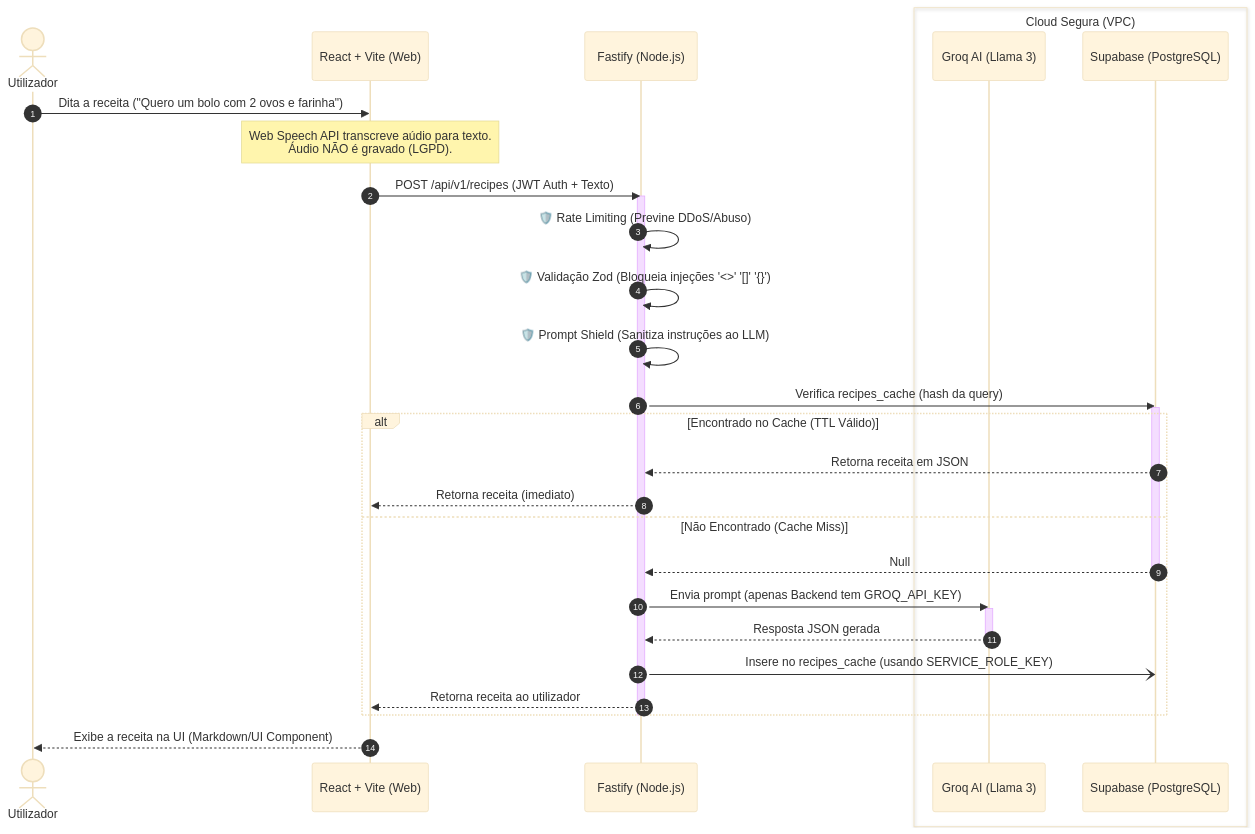
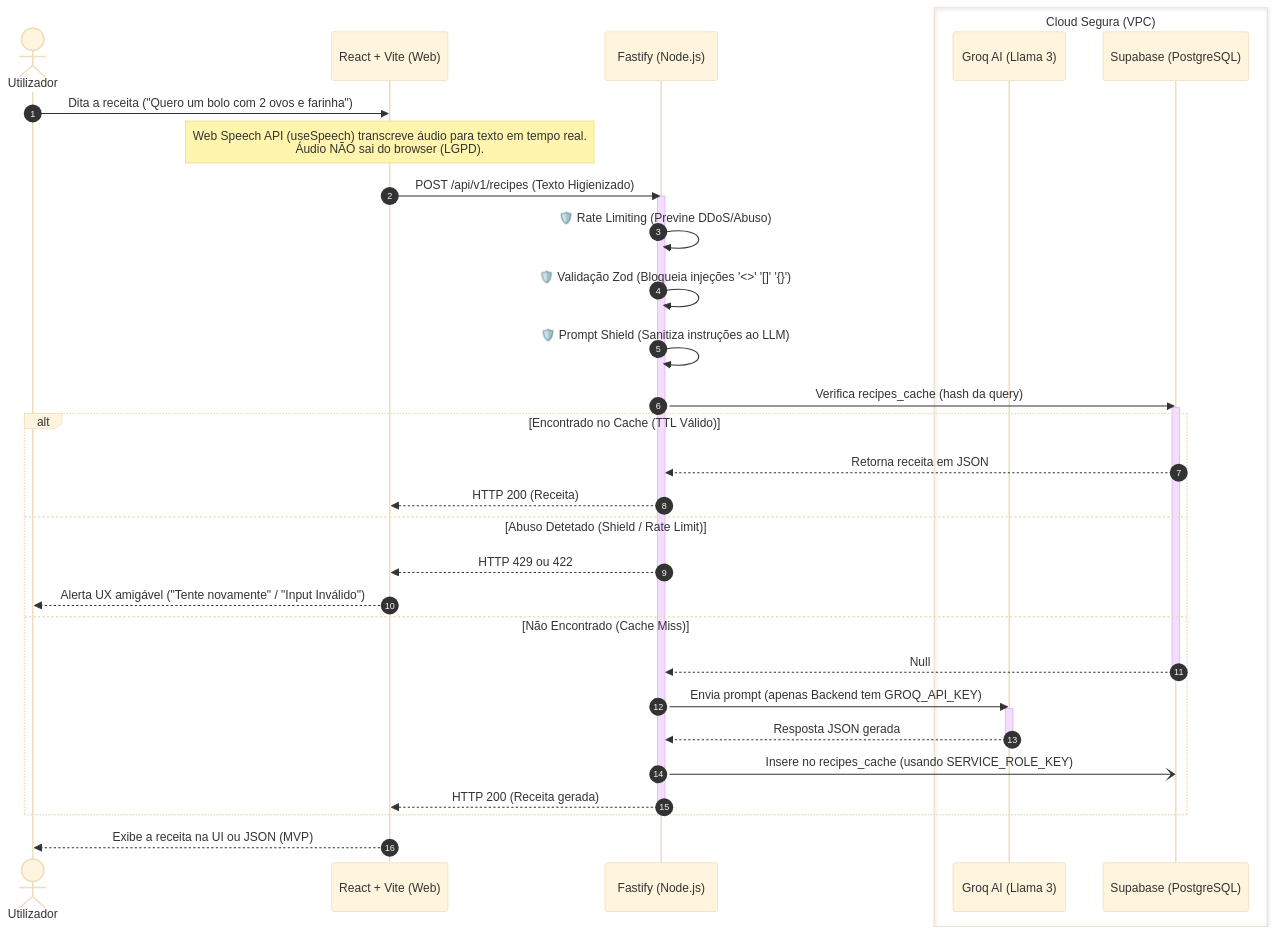
The diagram in docs/arquitetura.md (davydsonmr1/fastcook), drawn with Mermaid (base theme) before and after one commit. The commit also changed 10 other files, not shown here.

Commit message:
feat: implementação da captação de voz e integração frontend-backend

````diff
--- a/docs/arquitetura.md
+++ b/docs/arquitetura.md
@@ -9,53 +9,56 @@
 ```mermaid
 sequenceDiagram
     autonumber
     
     actor Utilizador as Utilizador
     participant Frontend as React + Vite (Web)
     participant Backend as Fastify (Node.js)
     box Cloud Segura (VPC)
         participant Groq as Groq AI (Llama 3)
         participant Supabase as Supabase (PostgreSQL)
     end
 
     %% Passo 1: Captura
     Utilizador->>Frontend: Dita a receita ("Quero um bolo com 2 ovos e farinha")
-    note over Frontend: Web Speech API transcreve aúdio para texto.<br/>Áudio NÃO é gravado (LGPD).
+    note over Frontend: Web Speech API (useSpeech) transcreve áudio para texto em tempo real.<br/>Áudio NÃO sai do browser (LGPD).
     
-    %% Passo 2: Request
-    Frontend->>Backend: POST /api/v1/recipes (JWT Auth + Texto)
+    %% Passo 2: Request Seguro
+    Frontend->>Backend: POST /api/v1/recipes (Texto Higienizado)
     
     %% Passo 3: Segurança no Backend
     activate Backend
     Backend->>Backend: 🛡️ Rate Limiting (Previne DDoS/Abuso)
     Backend->>Backend: 🛡️ Validação Zod (Bloqueia injeções '<>' '[]' '{}')
     Backend->>Backend: 🛡️ Prompt Shield (Sanitiza instruções ao LLM)
     
     %% Passo 4: Verificação de Cache
     Backend->>Supabase: Verifica recipes_cache (hash da query)
     activate Supabase
     
     alt Encontrado no Cache (TTL Válido)
         Supabase-->>Backend: Retorna receita em JSON
-        Backend-->>Frontend: Retorna receita (imediato)
+        Backend-->>Frontend: HTTP 200 (Receita)
+    else Abuso Detetado (Shield / Rate Limit)
+        Backend-->>Frontend: HTTP 429 ou 422
+        Frontend-->>Utilizador: Alerta UX amigável ("Tente novamente" / "Input Inválido")
     else Não Encontrado (Cache Miss)
         Supabase-->>Backend: Null
         deactivate Supabase
         
         %% Passo 5: LLM (com chave secreta do Backend)
         Backend->>Groq: Envia prompt (apenas Backend tem GROQ_API_KEY)
         activate Groq
         Groq-->>Backend: Resposta JSON gerada
         deactivate Groq
         
         %% Passo 6: Guardar em Cache (Assíncrono)
         Backend-)Supabase: Insere no recipes_cache (usando SERVICE_ROLE_KEY)
         
         %% Passo 7: Resposta
-        Backend-->>Frontend: Retorna receita ao utilizador
+        Backend-->>Frontend: HTTP 200 (Receita gerada)
     end
     deactivate Backend
     
     %% Passo 8: Renderização
-    Frontend-->>Utilizador: Exibe a receita na UI (Markdown/UI Component)
+    Frontend-->>Utilizador: Exibe a receita na UI ou JSON (MVP)
 ```
````
